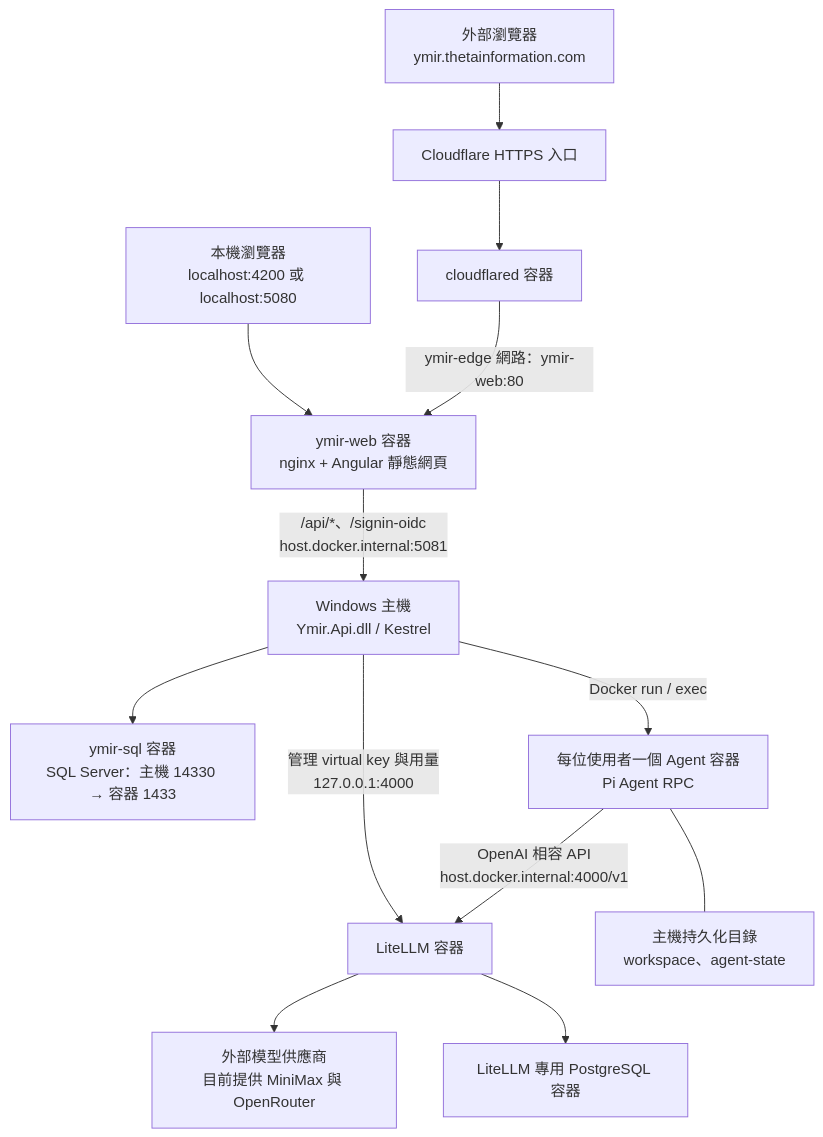
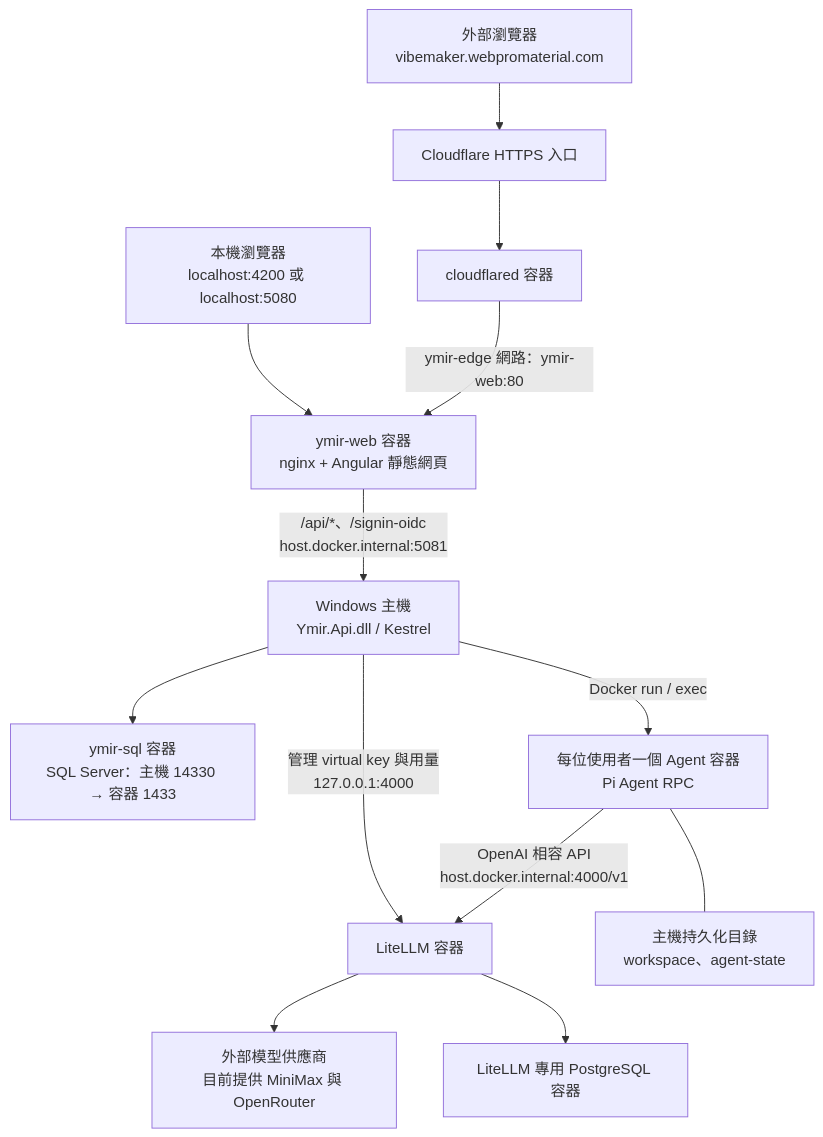
The first of 2 diagrams in README.md (puremars2015/Ymir), drawn with Mermaid before and after one commit. The commit also changed other lines of this file and 1 other file, not shown here.

````diff
--- a/README.md
+++ b/README.md
@@ -11,15 +20,15 @@
 ```mermaid
 flowchart TD
     Local["本機瀏覽器<br/>localhost:4200 或 localhost:5080"] --> Web
-    Public["外部瀏覽器<br/>ymir.thetainformation.com"] --> Cloudflare["Cloudflare HTTPS 入口"]
+    Public["外部瀏覽器<br/>vibemaker.webpromaterial.com"] --> Cloudflare["Cloudflare HTTPS 入口"]
     Cloudflare --> Tunnel["cloudflared 容器"]
     Tunnel -->|"ymir-edge 網路：ymir-web:80"| Web["ymir-web 容器<br/>nginx + Angular 靜態網頁"]
     Web -->|"/api/*、/signin-oidc<br/>host.docker.internal:5081"| API["Windows 主機<br/>Ymir.Api.dll / Kestrel"]
     API --> SQL["ymir-sql 容器<br/>SQL Server：主機 14330 → 容器 1433"]
     API -->|"Docker run / exec"| Agent["每位使用者一個 Agent 容器<br/>Pi Agent RPC"]
     API -->|"管理 virtual key 與用量<br/>127.0.0.1:4000"| LiteLLM["LiteLLM 容器"]
     Agent -->|"OpenAI 相容 API<br/>host.docker.internal:4000/v1"| LiteLLM
     LiteLLM --> Model["外部模型供應商<br/>目前提供 MiniMax 與 OpenRouter"]
     LiteLLM --> PG["LiteLLM 專用 PostgreSQL 容器"]
     Agent --- Files["主機持久化目錄<br/>workspace、agent-state"]
 ```
````
